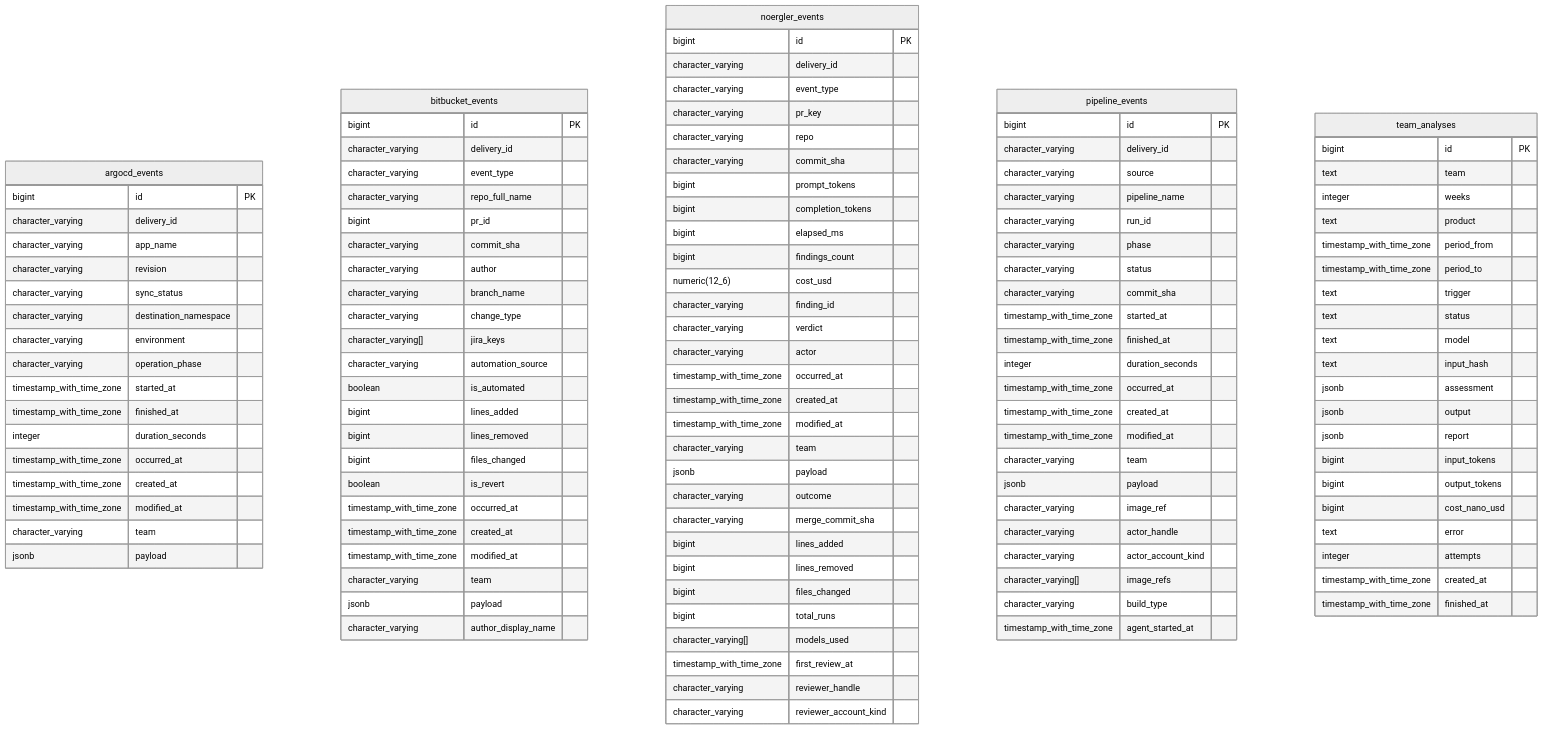
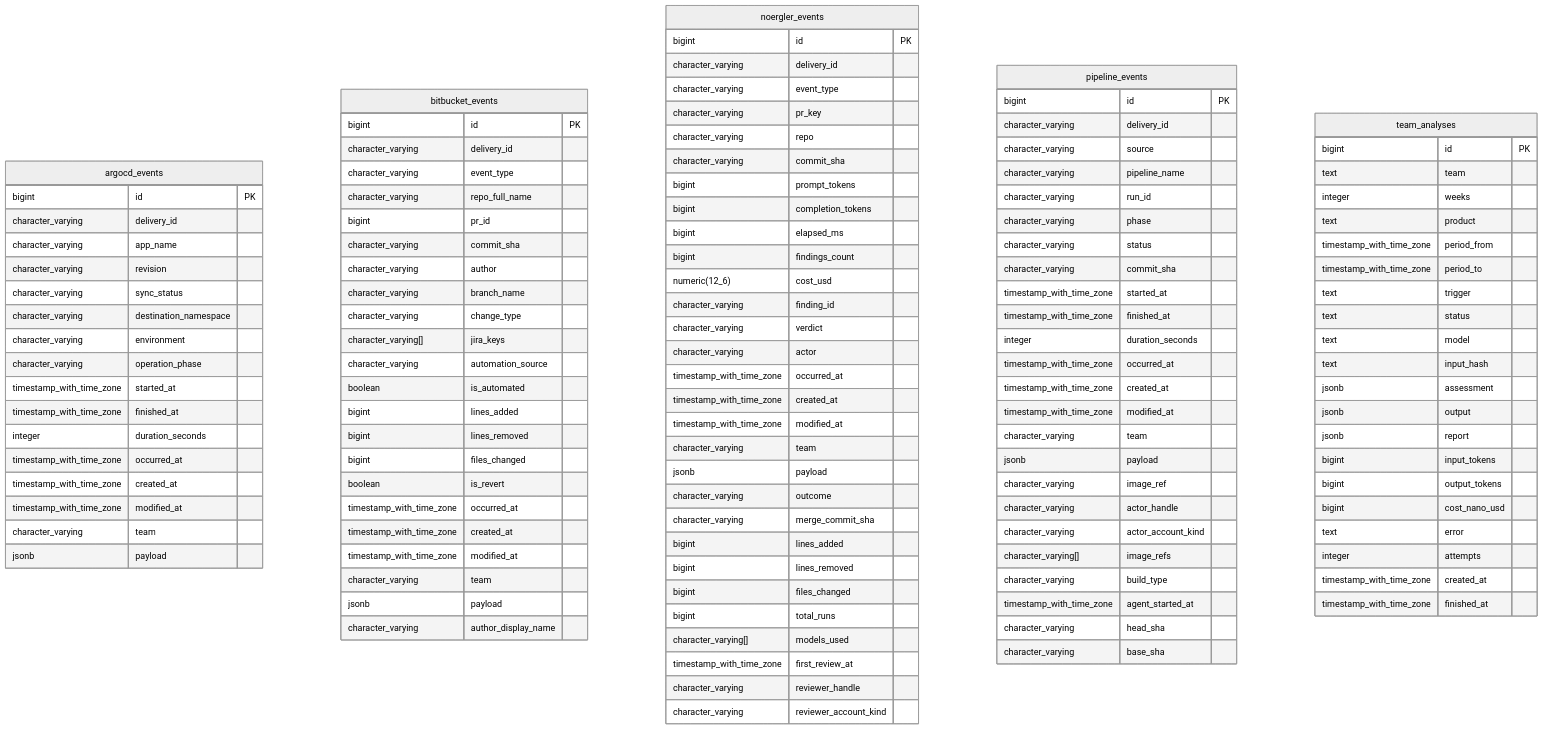
One commit to trick77/riptide changed the diagram in docs/schema.md. Above: the diagram before and after it, drawn with Mermaid (neutral theme). The commit also changed other lines of this file and 21 other files, not shown here.

First line of the commit message:
api: pipeline runs without a commit, PR builds' head and base

```diff
--- a/docs/schema.md
+++ b/docs/schema.md
@@ -310,6 +312,8 @@
         character_varying[] image_refs
         character_varying build_type
         timestamp_with_time_zone agent_started_at
+        character_varying head_sha
+        character_varying base_sha
     }
     team_analyses {
         bigint id PK
```
